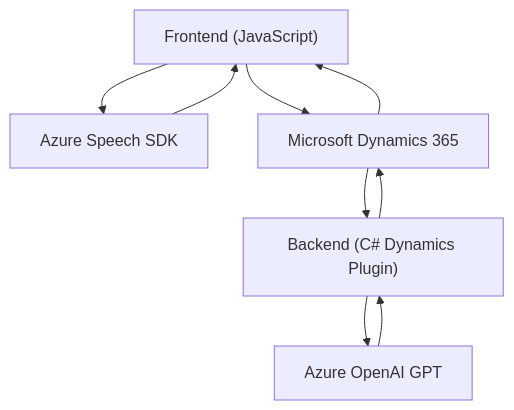
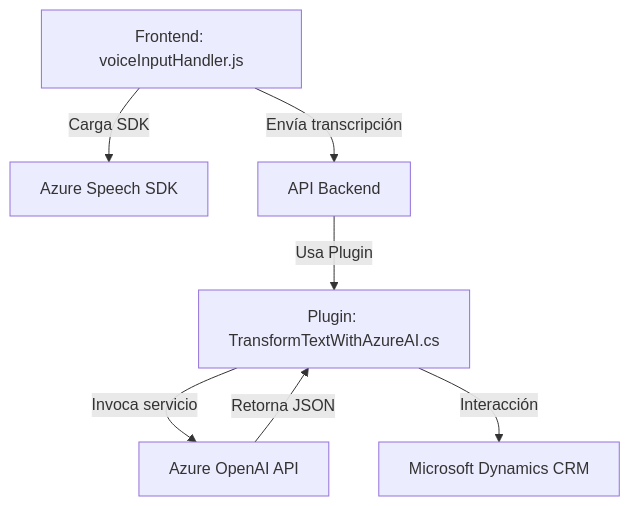
One commit to blopezdm/NETCORE_BILBAO2025 changed the diagram in README.md. Above: the diagram before and after it, drawn with Mermaid. The commit also changed other lines of this file, not shown here.

````diff
--- a/README.md
+++ b/README.md
@@ -69,17 +56,9 @@
 ```mermaid
 graph TD
-    A["Frontend (JavaScript)"]
-    B["Backend (C# Dynamics Plugin)"]
-    C["Azure Speech SDK"]
-    D["Azure OpenAI GPT"]
-    E["Microsoft Dynamics 365"]
-
-    A --> C
-    A --> E
-    B --> D
-    B --> E
-    C --> A
-    D --> B
-    E --> B
-    E --> A
+    A["Frontend: voiceInputHandler.js"] -->|Carga SDK| B["Azure Speech SDK"]
+    A -->|Envía transcripción| C["API Backend"]
+    C -->|Usa Plugin| D["Plugin: TransformTextWithAzureAI.cs"]
+    D -->|Invoca servicio| E["Azure OpenAI API"]
+    E -->|Retorna JSON| D
+    D -->|Interacción| F["Microsoft Dynamics CRM"]
 ```
````
